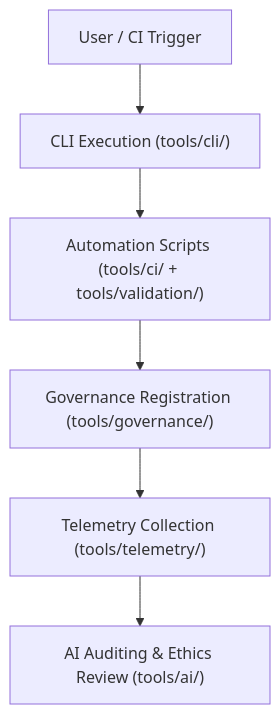
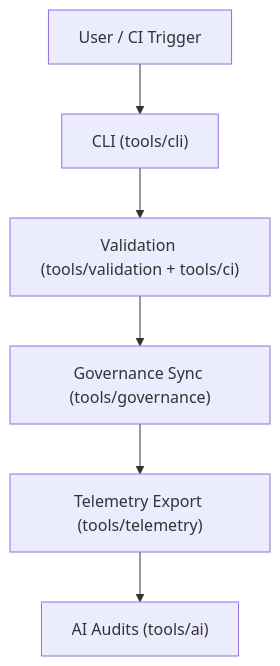
The diagram in tools/README.md (bartytime4life/Kansas-Frontier-Matrix), drawn with Mermaid before and after one commit. The commit also changed other lines of this file, not shown here.

````diff
--- a/tools/README.md
+++ b/tools/README.md
@@ -87,8 +83,8 @@
 ```mermaid
 flowchart TD
-    A["User / CI Trigger"] --> B["CLI Execution (tools/cli/)"]
-    B --> C["Automation Scripts (tools/ci/ + tools/validation/)"]
-    C --> D["Governance Registration (tools/governance/)"]
-    D --> E["Telemetry Collection (tools/telemetry/)"]
-    E --> F["AI Auditing & Ethics Review (tools/ai/)"]
+A["User / CI Trigger"] --> B["CLI (tools/cli)"]
+B --> C["Validation (tools/validation + tools/ci)"]
+C --> D["Governance Sync (tools/governance)"]
+D --> E["Telemetry Export (tools/telemetry)"]
+E --> F["AI Audits (tools/ai)"]
 ```
````
